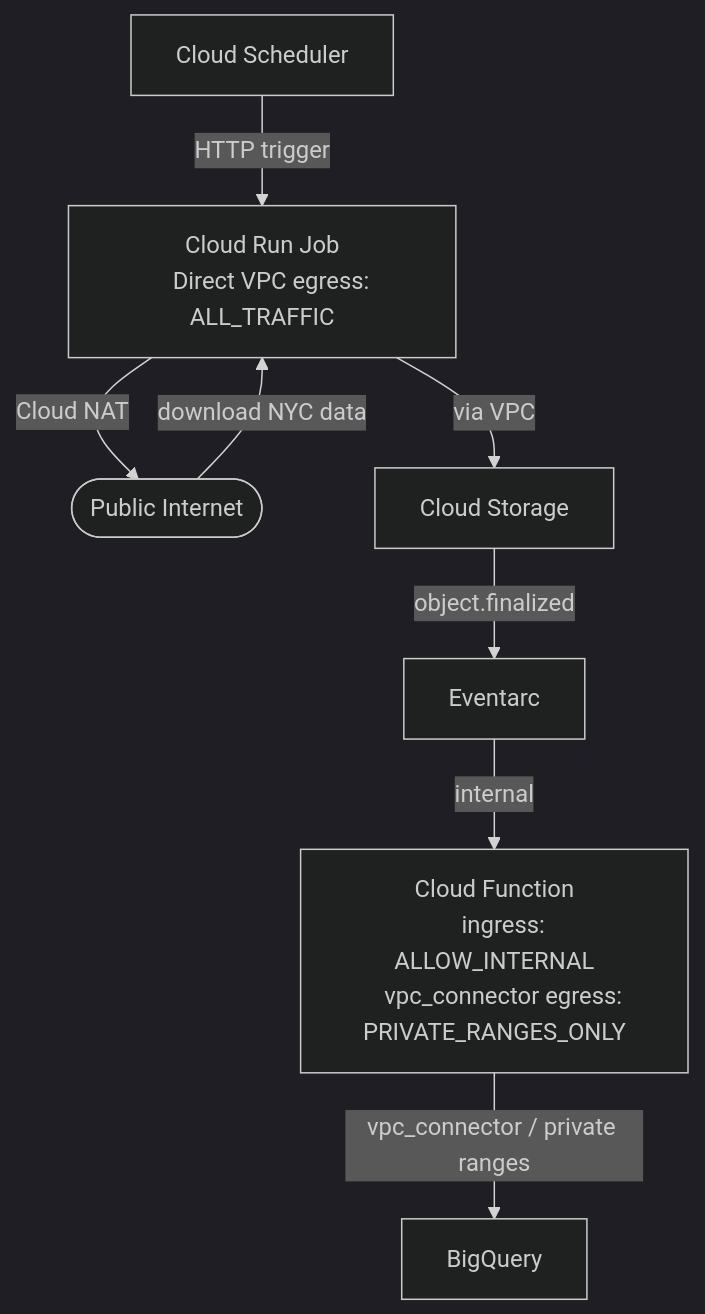
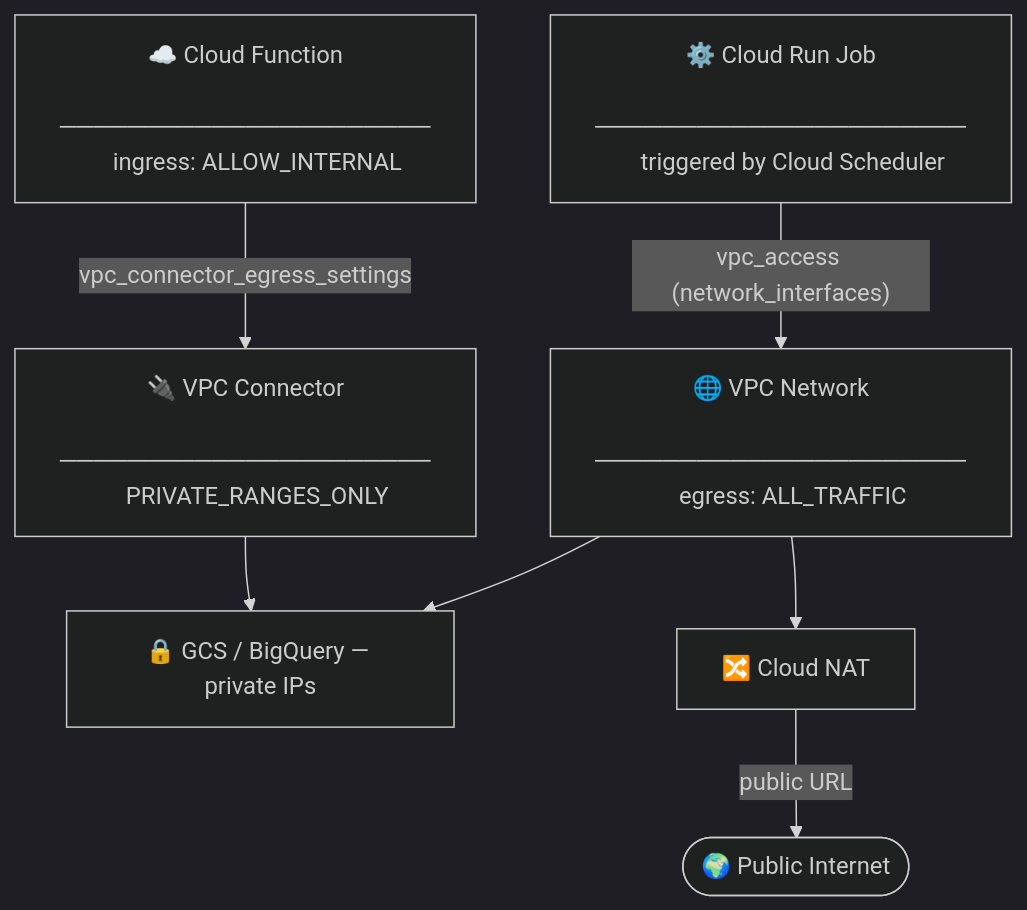
Before and after one commit to messaoudia/nyc-taxi-gcp-pipeline: the diagram in README.md, drawn with Mermaid (dark theme).

Commit message:
flowchart to focus only on VPC

````diff
--- a/README.md
+++ b/README.md
@@ -27,20 +27,25 @@
 ```mermaid
 flowchart TD
-    CS["Cloud Scheduler"] -->|"HTTP trigger"| CRJ
+    CF["☁️ Cloud Function
+    ──────────────────────
+    ingress: ALLOW_INTERNAL"]
 
-    CRJ["Cloud Run Job
-    Direct VPC egress: ALL_TRAFFIC"]
+    CRJ["⚙️ Cloud Run Job
+    ──────────────────────
+    triggered by Cloud Scheduler"]
 
-    CRJ -->|"Cloud NAT"| Internet(["Public Internet"])
-    Internet -->|"download NYC data"| CRJ
+    CF -->|"vpc_connector_egress_settings"| VC["🔌 VPC Connector
+    ──────────────────────
+    PRIVATE_RANGES_ONLY"]
 
-    CRJ -->|"via VPC"| GCS["Cloud Storage"]
+    CRJ -->|"vpc_access (network_interfaces)"| VPC["🌐 VPC Network
+    ──────────────────────
+    egress: ALL_TRAFFIC"]
 
-    GCS -->|"object.finalized"| EA["Eventarc"] -->|"internal"| CF
+    VC --> PRIV["🔒 GCS / BigQuery — private IPs"]
 
-    CF["Cloud Function
-    ingress: ALLOW_INTERNAL
-    vpc_connector egress: PRIVATE_RANGES_ONLY"]
+    VPC --> PRIV
+    VPC --> NAT["🔀 Cloud NAT"]
 
-    CF -->|"vpc_connector / private ranges"| BQ["BigQuery"]
+    NAT -->|"public URL"| Internet(["🌍 Public Internet"])
 ```
````
